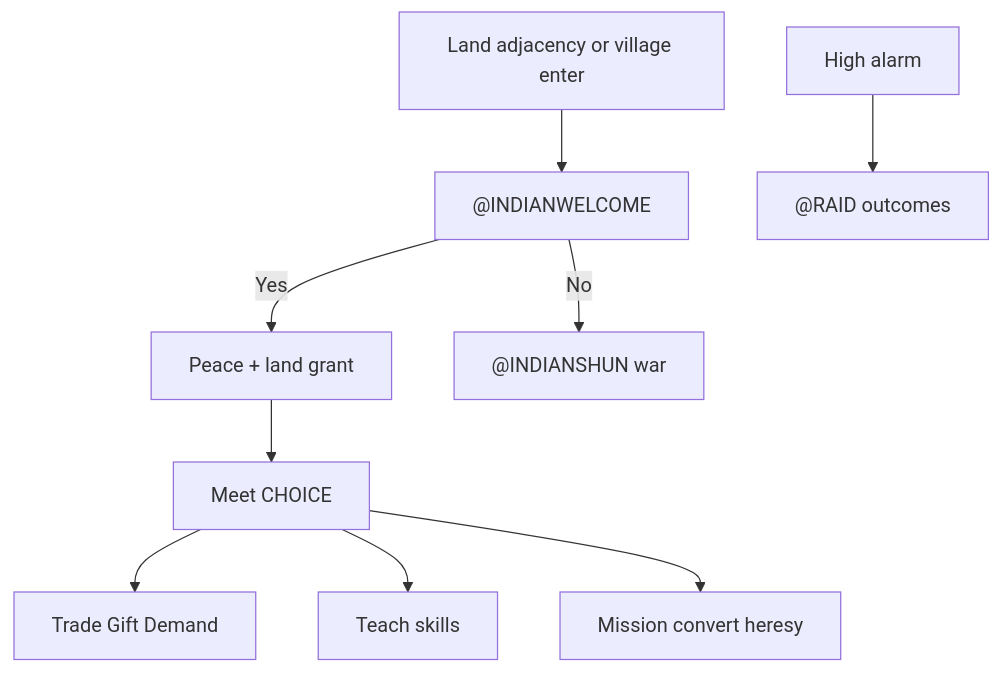
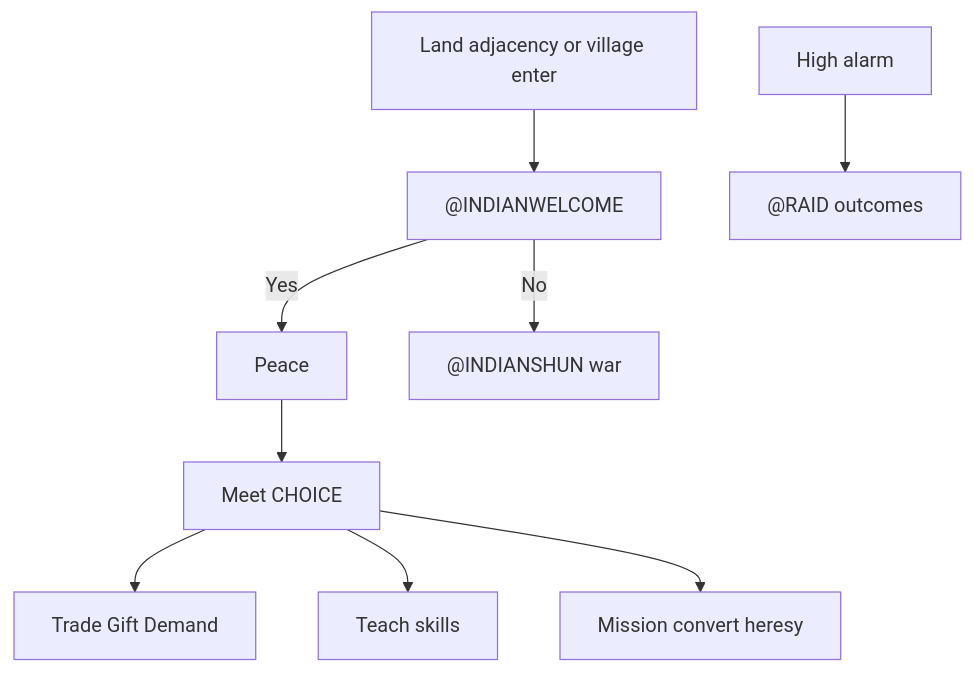
Before and after one commit to AbuDhabi/linux-colonize: the diagram in docs/indians.md, drawn with Mermaid. The commit also changed other lines of this file and 10 other files, not shown here.

````diff
--- a/docs/indians.md
+++ b/docs/indians.md
@@ -335,20 +335,20 @@
 ```mermaid
 flowchart TD
   adj[Land adjacency or village enter]
   welcome["@INDIANWELCOME"]
-  peace["Peace + land grant"]
+  peace["Peace"]
   war["@INDIANSHUN war"]
   meet[Meet CHOICE]
   trade[Trade Gift Demand]
   teach[Teach skills]
   mission[Mission convert heresy]
   raid["@RAID outcomes"]
   adj --> welcome
   welcome -->|Yes| peace
   welcome -->|No| war
   peace --> meet
   meet --> trade
   meet --> teach
   meet --> mission
   alarmHigh[High alarm] --> raid
 ```
````
